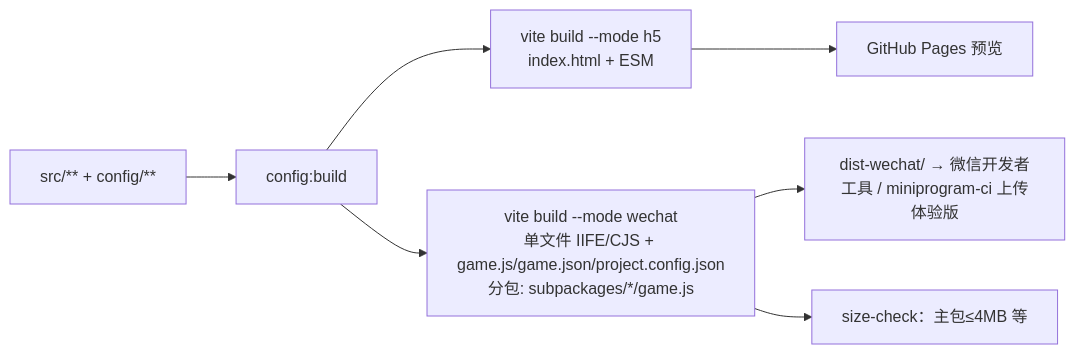
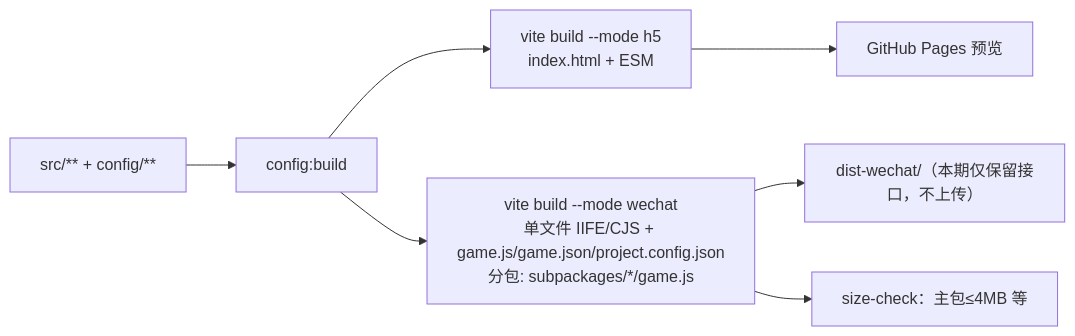
The fourth of 4 diagrams in docs/architecture/engine-design.md (xuzhenhao/mojuan-sanguo), drawn with Mermaid before and after one commit. The commit also changed other lines of this file, not shown here.

````diff
--- a/docs/architecture/engine-design.md
+++ b/docs/architecture/engine-design.md
@@ -504,9 +509,9 @@
 ```mermaid
 flowchart LR
   S["src/** + config/**"] --> C["config:build"]
   C --> V1["vite build --mode h5<br/>index.html + ESM"]
   C --> V2["vite build --mode wechat<br/>单文件 IIFE/CJS + game.js/game.json/project.config.json<br/>分包: subpackages/*/game.js"]
   V1 --> P["GitHub Pages 预览"]
-  V2 --> W["dist-wechat/ → 微信开发者工具 / miniprogram-ci 上传体验版"]
+  V2 --> W["dist-wechat/（本期仅保留接口，不上传）"]
   V2 --> K["size-check：主包≤4MB 等"]
 ```
````
